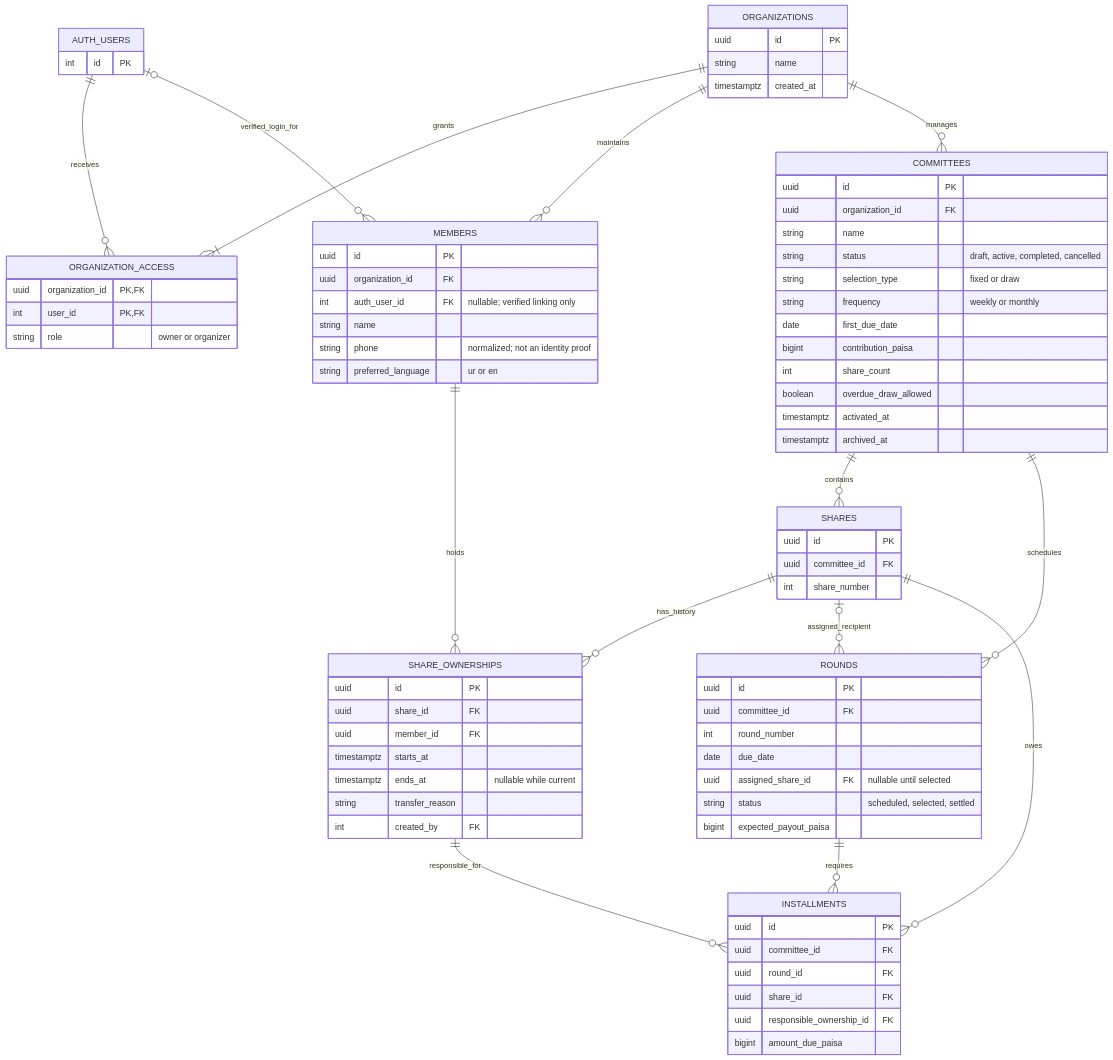
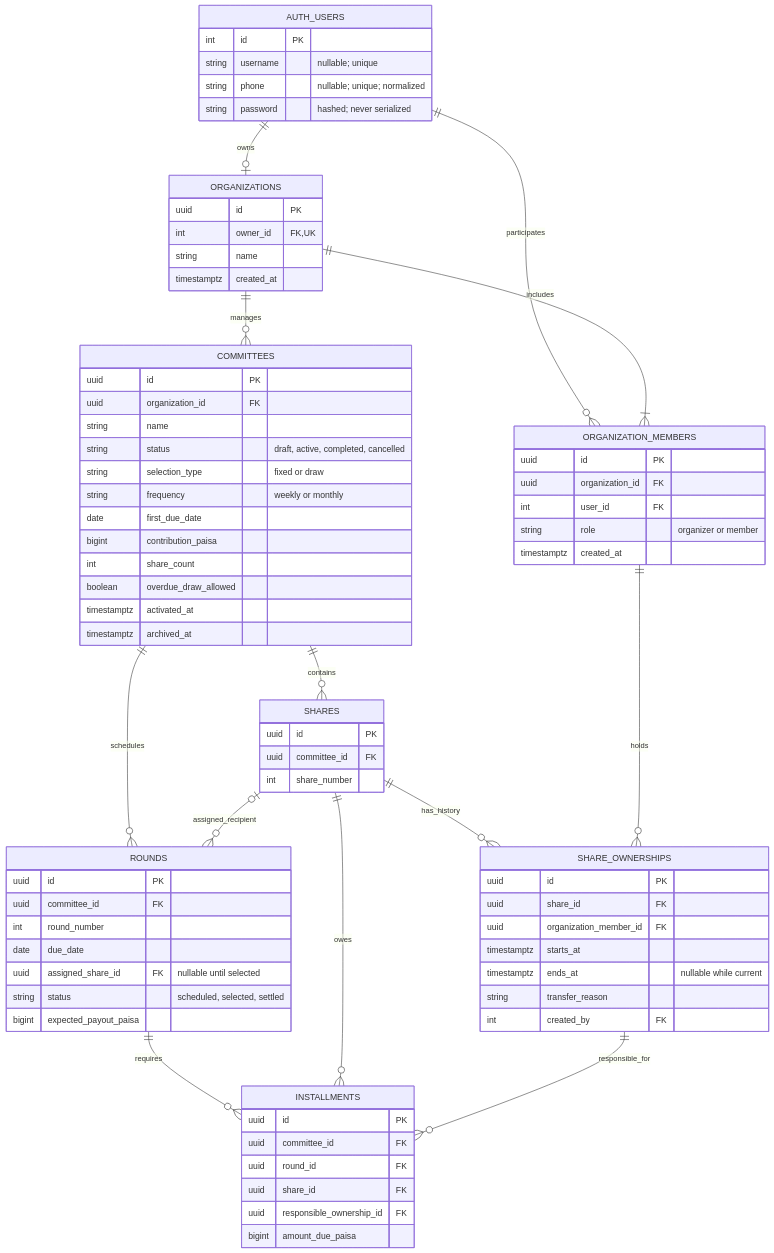
One commit to saif-qureshi/committee-manager changed the first of 4 diagrams in docs/ERD.md. Above: the diagram before and after it, drawn with Mermaid. The commit also changed other lines of this file and 47 other files, not shown here.

````diff
--- a/docs/ERD.md
+++ b/docs/ERD.md
@@ -11,13 +11,12 @@
 ```mermaid
 erDiagram
-    AUTH_USERS ||--o{ ORGANIZATION_ACCESS : receives
-    ORGANIZATIONS ||--|{ ORGANIZATION_ACCESS : grants
-    ORGANIZATIONS ||--o{ MEMBERS : maintains
-    AUTH_USERS o|--o{ MEMBERS : verified_login_for
+    AUTH_USERS ||--o| ORGANIZATIONS : owns
+    AUTH_USERS ||--o{ ORGANIZATION_MEMBERS : participates
+    ORGANIZATIONS ||--|{ ORGANIZATION_MEMBERS : includes
     ORGANIZATIONS ||--o{ COMMITTEES : manages
     COMMITTEES ||--o{ SHARES : contains
     SHARES ||--o{ SHARE_OWNERSHIPS : has_history
-    MEMBERS ||--o{ SHARE_OWNERSHIPS : holds
+    ORGANIZATION_MEMBERS ||--o{ SHARE_OWNERSHIPS : holds
     COMMITTEES ||--o{ ROUNDS : schedules
     SHARES o|--o{ ROUNDS : assigned_recipient
     ROUNDS ||--o{ INSTALLMENTS : requires
@@ -26,24 +25,22 @@
 
     AUTH_USERS {
         int id PK
+        string username "nullable; unique"
+        string phone "nullable; unique; normalized"
+        string password "hashed; never serialized"
     }
     ORGANIZATIONS {
         uuid id PK
+        int owner_id FK,UK
         string name
         timestamptz created_at
     }
-    ORGANIZATION_ACCESS {
-        uuid organization_id PK,FK
-        int user_id PK,FK
-        string role "owner or organizer"
-    }
-    MEMBERS {
+    ORGANIZATION_MEMBERS {
         uuid id PK
         uuid organization_id FK
-        int auth_user_id FK "nullable; verified linking only"
-        string name
-        string phone "normalized; not an identity proof"
-        string preferred_language "ur or en"
+        int user_id FK
+        string role "organizer or member"
+        timestamptz created_at
     }
     COMMITTEES {
         uuid id PK
@@ -67,7 +64,7 @@
     SHARE_OWNERSHIPS {
         uuid id PK
         uuid share_id FK
-        uuid member_id FK
+        uuid organization_member_id FK
         timestamptz starts_at
         timestamptz ends_at "nullable while current"
         string transfer_reason
````
